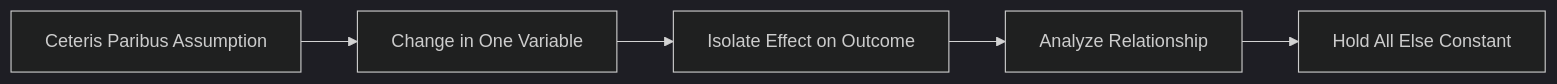
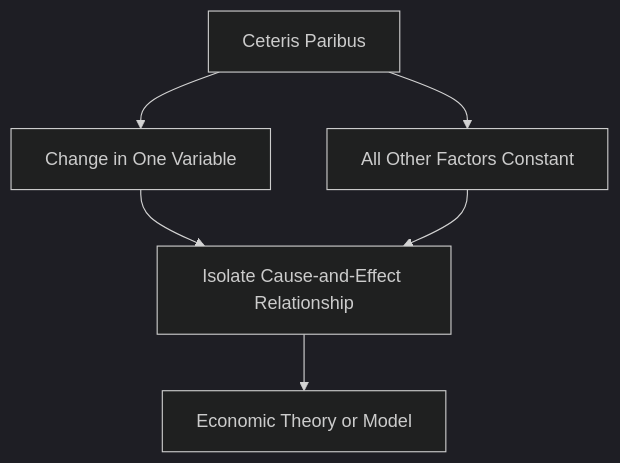
The diagram in Obsidian_Vault/2-Academic/Winter 2026/Economics/2_Theory_Of_Demand_And_Supply/Ceteris_Paribus.md (DagimAlemayehuu/Ater), drawn with Mermaid (dark theme) before and after one commit. The commit also changed other lines of this file and 41 other files, not shown here.

Commit message:
Hardening OKA Pedagogical Architecture: Fix relational links, metadata formatting, and Jump-to-PDF functionality

````diff
--- a/Obsidian_Vault/2-Academic/Winter 2026/Economics/2_Theory_Of_Demand_And_Supply/Ceteris_Paribus.md
+++ b/Obsidian_Vault/2-Academic/Winter 2026/Economics/2_Theory_Of_Demand_And_Supply/Ceteris_Paribus.md
@@ -39,9 +50,10 @@
 ```mermaid
 
-graph LR
-    A[Ceteris Paribus Assumption] --> B[Change in One Variable]
-    B --> C[Isolate Effect on Outcome]
-    C --> D[Analyze Relationship]
-    D --> E[Hold All Else Constant]
+graph TD
+    A[Ceteris Paribus] --> B[Change in One Variable]
+    A --> C[All Other Factors Constant]
+    B --> D[Isolate Cause-and-Effect Relationship]
+    C --> D
+    D --> E[Economic Theory or Model]
 
 ```
````
